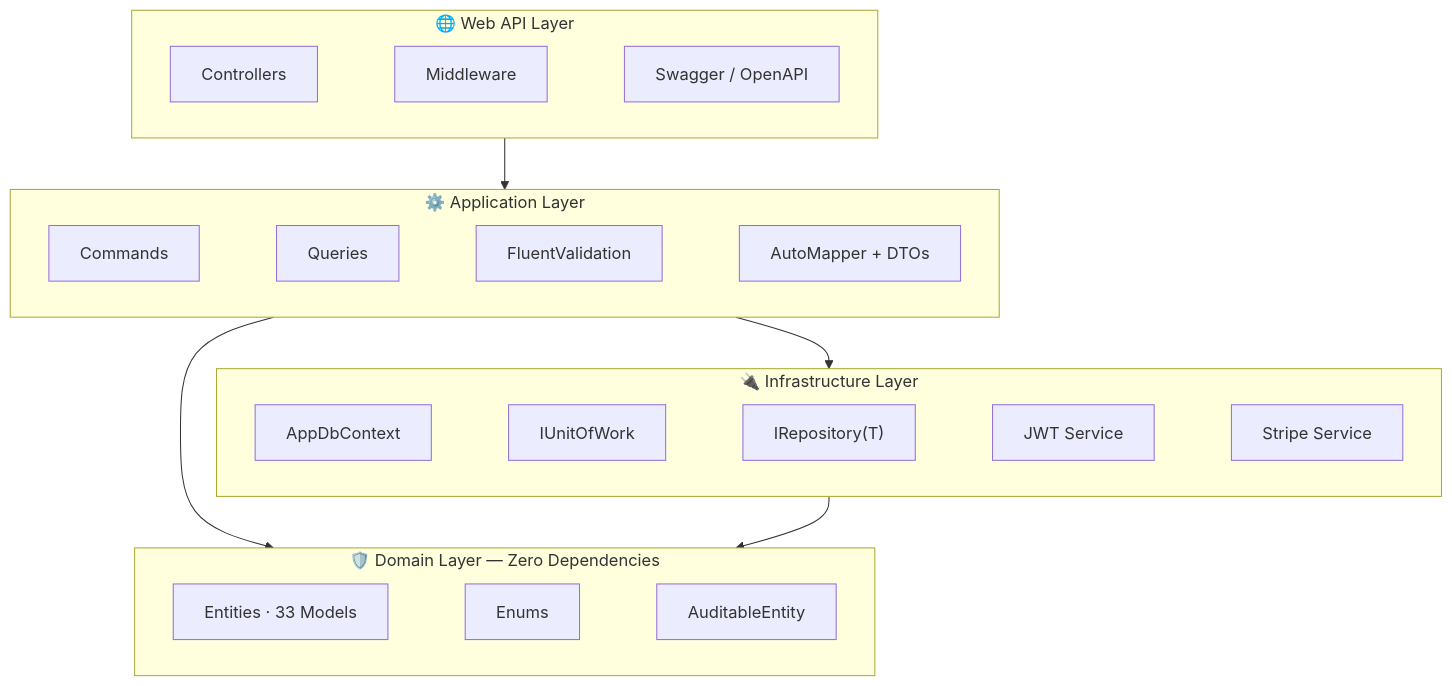
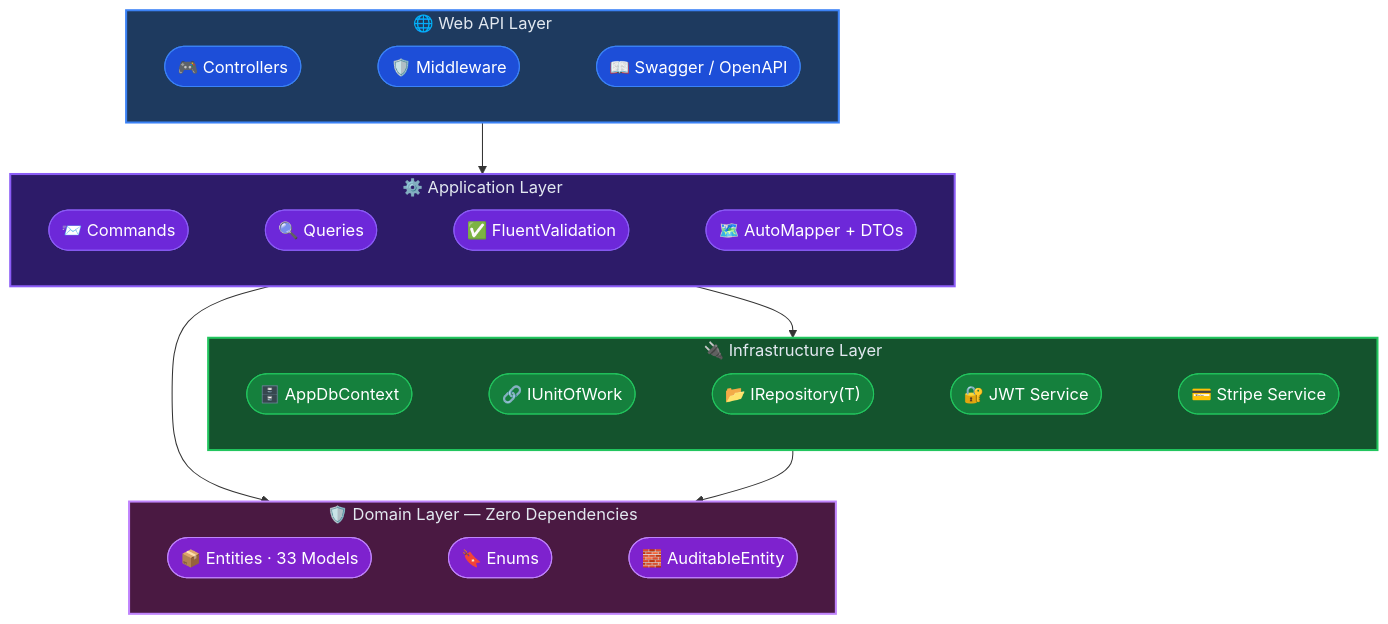
The first of 8 diagrams in README.md (noureddineosama/OnlineTravelBookingAPP), drawn with Mermaid before and after one commit.

Commit message:
Docs: Apply luxury dark color theme with pill nodes and per-layer color coding to architecture diagram

````diff
--- a/README.md
+++ b/README.md
@@ -46,27 +46,51 @@
 ```mermaid
 graph TD
     subgraph WEB["🌐  Web API Layer"]
         direction LR
-        CTRL[Controllers] ~~~ MIDW[Middleware] ~~~ DOCS[Swagger / OpenAPI]
+        CTRL(["🎮 Controllers"]) ~~~ MIDW(["🛡️ Middleware"]) ~~~ DOCS(["📖 Swagger / OpenAPI"])
     end
 
     subgraph APP["⚙️  Application Layer"]
         direction LR
-        CMD[Commands] ~~~ QRY[Queries] ~~~ VAL[FluentValidation] ~~~ MAP[AutoMapper + DTOs]
+        CMD(["📨 Commands"]) ~~~ QRY(["🔍 Queries"]) ~~~ VAL(["✅ FluentValidation"]) ~~~ MAP(["🗺️ AutoMapper + DTOs"])
     end
 
     subgraph INF["🔌  Infrastructure Layer"]
         direction LR
-        DB[AppDbContext] ~~~ UOW[IUnitOfWork] ~~~ REPO["IRepository(T)"] ~~~ JWT[JWT Service] ~~~ STR[Stripe Service]
+        DB(["🗄️ AppDbContext"]) ~~~ UOW(["🔗 IUnitOfWork"]) ~~~ REPO(["📂 IRepository(T)"]) ~~~ JWT(["🔐 JWT Service"]) ~~~ STR(["💳 Stripe Service"])
     end
 
     subgraph DOM["🛡️  Domain Layer — Zero Dependencies"]
         direction LR
-        ENT["Entities · 33 Models"] ~~~ ENM[Enums] ~~~ BASE[AuditableEntity]
+        ENT(["📦 Entities · 33 Models"]) ~~~ ENM(["🔖 Enums"]) ~~~ BASE(["🧱 AuditableEntity"])
     end
 
     WEB --> APP
     APP --> INF
     APP --> DOM
     INF --> DOM
+
+    style WEB fill:#1e3a5f,color:#e2e8f0,stroke:#3b82f6,stroke-width:2px
+    style APP fill:#2d1b69,color:#e2e8f0,stroke:#8b5cf6,stroke-width:2px
+    style INF fill:#14532d,color:#e2e8f0,stroke:#22c55e,stroke-width:2px
+    style DOM fill:#4a1942,color:#e2e8f0,stroke:#c084fc,stroke-width:2px
+
+    style CTRL fill:#1d4ed8,color:#ffffff,stroke:#3b82f6,stroke-width:1px
+    style MIDW fill:#1d4ed8,color:#ffffff,stroke:#3b82f6,stroke-width:1px
+    style DOCS fill:#1d4ed8,color:#ffffff,stroke:#3b82f6,stroke-width:1px
+
+    style CMD fill:#6d28d9,color:#ffffff,stroke:#8b5cf6,stroke-width:1px
+    style QRY fill:#6d28d9,color:#ffffff,stroke:#8b5cf6,stroke-width:1px
+    style VAL fill:#6d28d9,color:#ffffff,stroke:#8b5cf6,stroke-width:1px
+    style MAP fill:#6d28d9,color:#ffffff,stroke:#8b5cf6,stroke-width:1px
+
+    style DB fill:#15803d,color:#ffffff,stroke:#22c55e,stroke-width:1px
+    style UOW fill:#15803d,color:#ffffff,stroke:#22c55e,stroke-width:1px
+    style REPO fill:#15803d,color:#ffffff,stroke:#22c55e,stroke-width:1px
+    style JWT fill:#15803d,color:#ffffff,stroke:#22c55e,stroke-width:1px
+    style STR fill:#15803d,color:#ffffff,stroke:#22c55e,stroke-width:1px
+
+    style ENT fill:#7e22ce,color:#ffffff,stroke:#c084fc,stroke-width:1px
+    style ENM fill:#7e22ce,color:#ffffff,stroke:#c084fc,stroke-width:1px
+    style BASE fill:#7e22ce,color:#ffffff,stroke:#c084fc,stroke-width:1px
 ```
````
